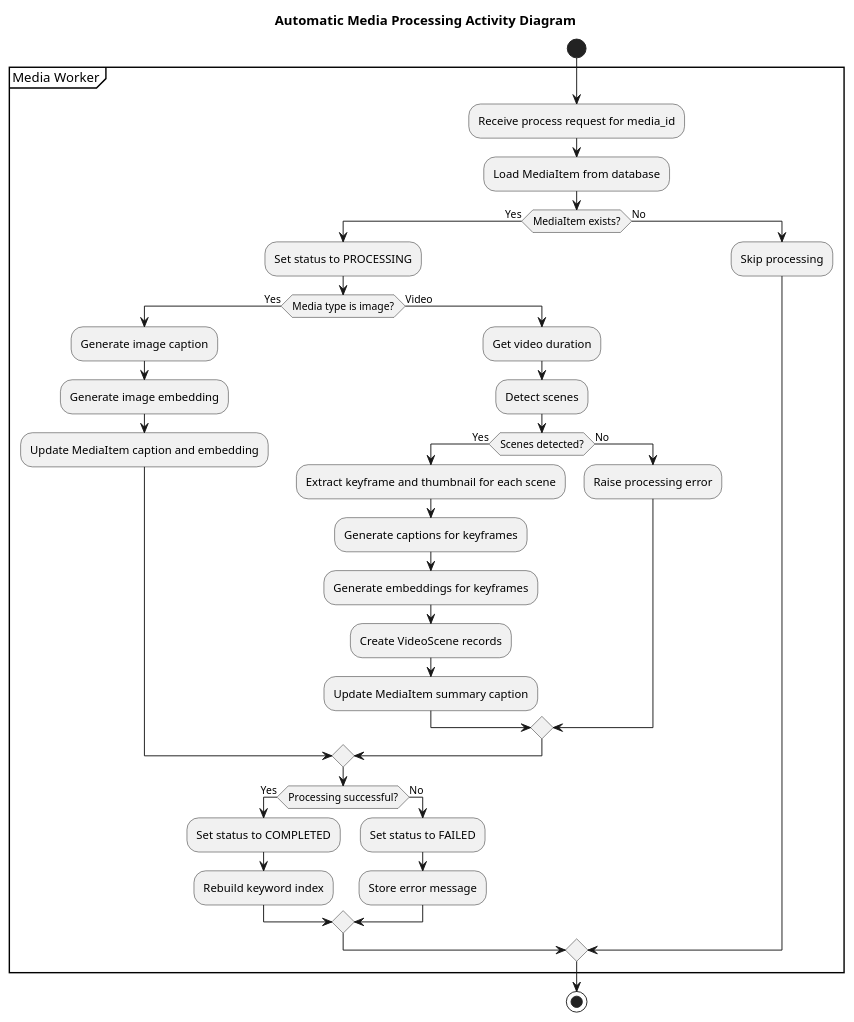
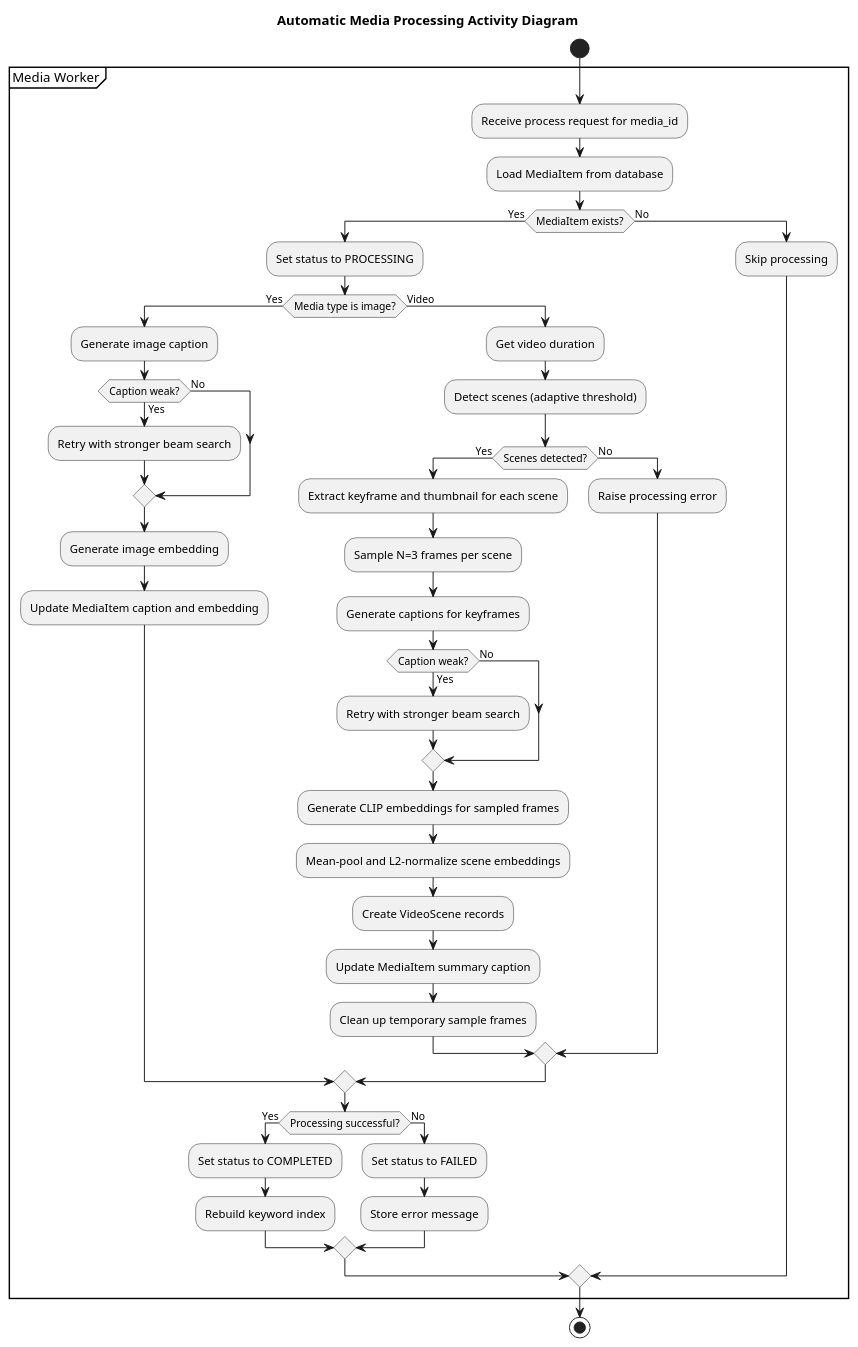
Before and after one commit to pho-veteran/semedia: the sixth of 19 diagrams in docs/college-reports/semedia-final-project-report-draft.md, drawn with PlantUML. The commit also changed other lines of this file and 13 other files, not shown here.

````diff
--- a/docs/college-reports/semedia-final-project-report-draft.md
+++ b/docs/college-reports/semedia-final-project-report-draft.md
@@ -522,40 +554,51 @@
 ```plantuml
 @startuml
 title Automatic Media Processing Activity Diagram
 start
 partition "Media Worker" {
   :Receive process request for media_id;
   :Load MediaItem from database;
   if (MediaItem exists?) then (Yes)
     :Set status to PROCESSING;
     if (Media type is image?) then (Yes)
       :Generate image caption;
+      if (Caption weak?) then (Yes)
+        :Retry with stronger beam search;
+      else (No)
+      endif
       :Generate image embedding;
       :Update MediaItem caption and embedding;
     else (Video)
       :Get video duration;
-      :Detect scenes;
+      :Detect scenes (adaptive threshold);
       if (Scenes detected?) then (Yes)
         :Extract keyframe and thumbnail for each scene;
+        :Sample N=3 frames per scene;
         :Generate captions for keyframes;
-        :Generate embeddings for keyframes;
+        if (Caption weak?) then (Yes)
+          :Retry with stronger beam search;
+        else (No)
+        endif
+        :Generate CLIP embeddings for sampled frames;
+        :Mean-pool and L2-normalize scene embeddings;
         :Create VideoScene records;
         :Update MediaItem summary caption;
+        :Clean up temporary sample frames;
       else (No)
         :Raise processing error;
       endif
     endif
     if (Processing successful?) then (Yes)
       :Set status to COMPLETED;
       :Rebuild keyword index;
     else (No)
       :Set status to FAILED;
       :Store error message;
     endif
   else (No)
     :Skip processing;
   endif
 }
 stop
 @enduml
 ```
````
